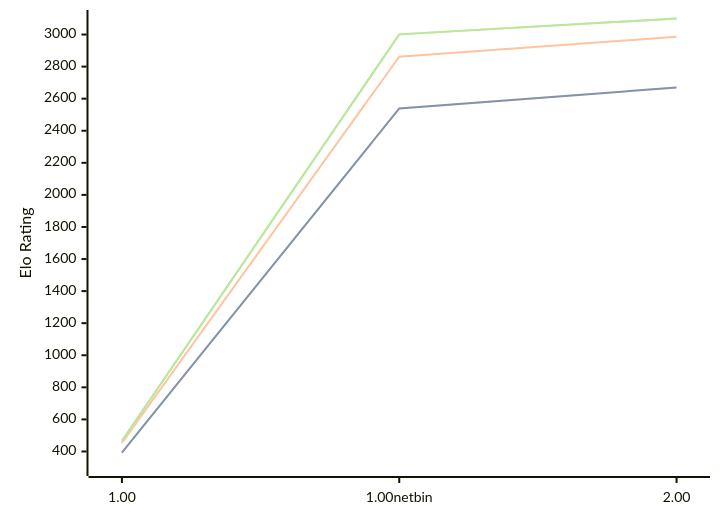
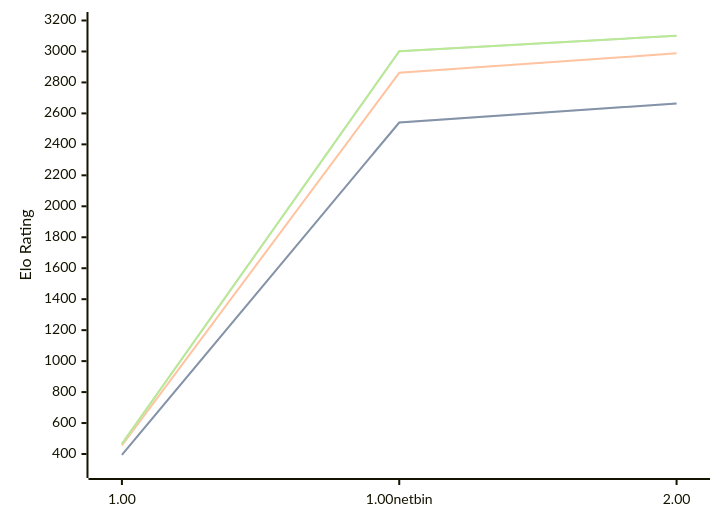
One commit to computer-chess-index/cci changed the diagram in engines/Gilipol.md. Above: the diagram before and after it, drawn with Mermaid. The commit also changed other lines of this file, not shown here.

Commit message:
Update CCI Ratings (ELO VLTC) - 2026-08-26

````diff
--- a/engines/Gilipol.md
+++ b/engines/Gilipol.md
@@ -33,11 +33,11 @@
 ```mermaid
 %%{init: {"theme":"base","themeVariables":{"seriesColors:['#a3a3a3','#222221','#faa371']}}}%%
 xychart-beta
   x-axis ["1.00", "1.00netbin", "2.00"]
-  y-axis "Elo Rating" 300 --> 3100
-  line "STC (8.0+0.08s)" [393, 2539, 2670]
-  line "STC (8.0+0.08s)" [393, 2539, 2670]
-  line "LTC (60.0+0.60s)" [454, 2862, 2986]
-  line "VLTC (2m24s+1.12s)" [466, 3001, 3100]
-  line "VLTC (2m24s+1.12s)" [466, 3001, 3100]
+  y-axis "Elo Rating" 300 --> 3200
+  line "STC (8.0+0.08s)" [394, 2541, 2664]
+  line "STC (8.0+0.08s)" [394, 2541, 2664]
+  line "LTC (60.0+0.60s)" [455, 2862, 2988]
+  line "VLTC (2m24s+1.12s)" [466, 3002, 3101]
+  line "VLTC (2m24s+1.12s)" [466, 3002, 3101]
 ```
````
